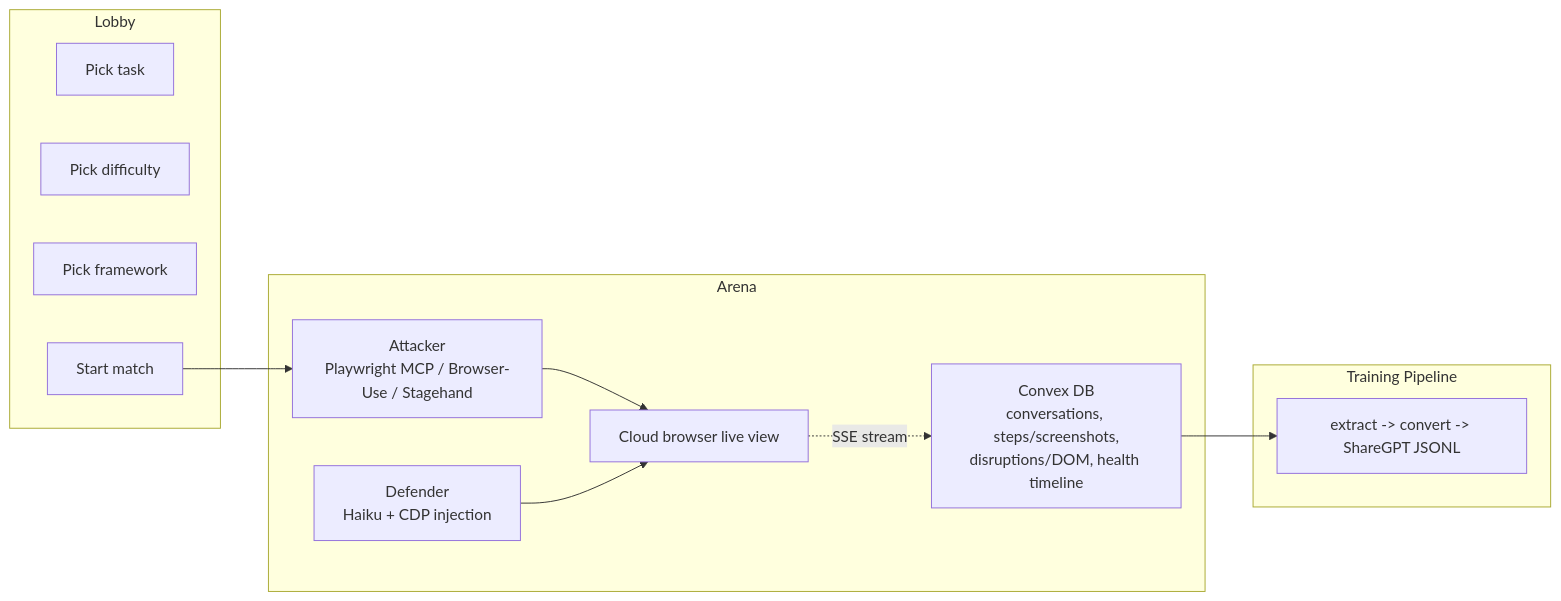
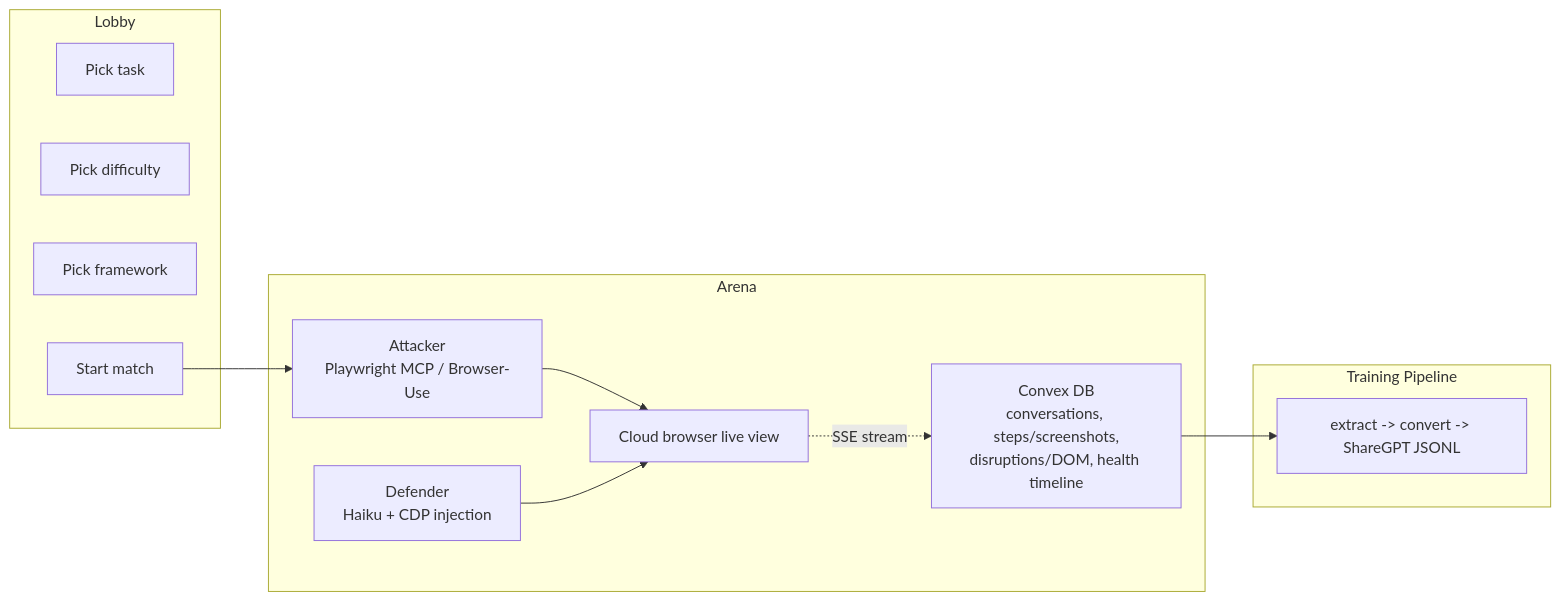
One commit to RichardHruby/browser-brawl changed the diagram in README.md. Above: the diagram before and after it, drawn with Mermaid. The commit also changed other lines of this file and 18 other files, not shown here.

First line of the commit message:
refactor: remove Browserbase SDK and Stagehand attacker framework

````diff
--- a/README.md
+++ b/README.md
@@ -36,26 +36,26 @@
 ```mermaid
 flowchart LR
   subgraph Lobby
     L1[Pick task]
     L2[Pick difficulty]
     L3[Pick framework]
     L4[Start match]
   end
 
   subgraph Arena
-    A1[Attacker<br/>Playwright MCP / Browser-Use / Stagehand]
+    A1[Attacker<br/>Playwright MCP / Browser-Use]
     A2[Cloud browser live view]
     A3[Defender<br/>Haiku + CDP injection]
     A1 --> A2
     A3 --> A2
     A2 -. SSE stream .-> C1
   end
 
   subgraph TrainingPipeline["Training Pipeline"]
     C1[Convex DB<br/>conversations, steps/screenshots,<br/>disruptions/DOM, health timeline]
     C2[extract -> convert -> ShareGPT JSONL]
     C1 --> C2
   end
 
   L4 --> A1
 ```
````
